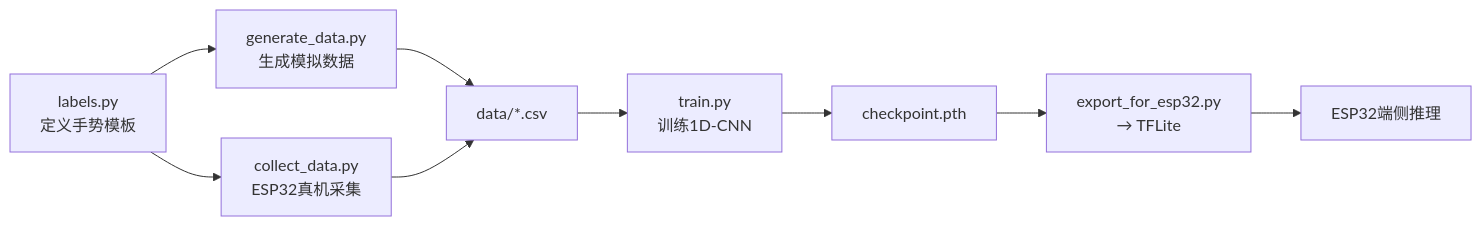
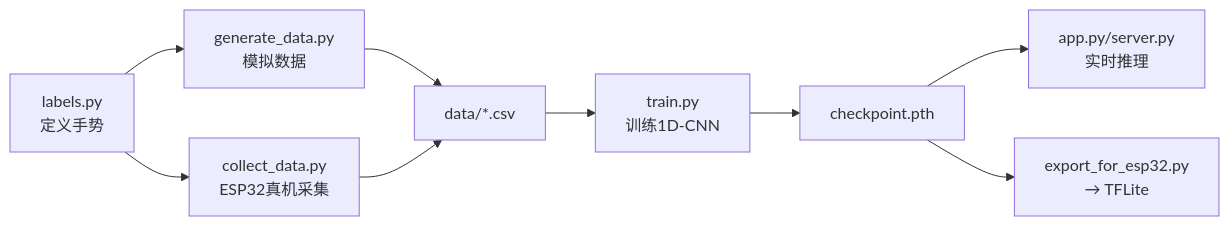
The second of 2 diagrams in README.md (Tiseeee/Sign_Language_Recognition_Gloves), drawn with Mermaid before and after one commit. The commit also changed other lines of this file and 17 other files, not shown here.

````diff
--- a/README.md
+++ b/README.md
@@ -355,11 +329,11 @@
 ```mermaid
 flowchart LR
-    A[labels.py<br/>定义手势模板] --> B[generate_data.py<br/>生成模拟数据]
+    A[labels.py<br/>定义手势] --> B[generate_data.py<br/>模拟数据]
     A --> C[collect_data.py<br/>ESP32真机采集]
     B --> D[data/*.csv]
     C --> D
     D --> E[train.py<br/>训练1D-CNN]
     E --> F[checkpoint.pth]
-    F --> G[export_for_esp32.py<br/>→ TFLite]
-    G --> H[ESP32端侧推理]
+    F --> G[app.py/server.py<br/>实时推理]
+    F --> H[export_for_esp32.py<br/>→ TFLite]
 ```
````
